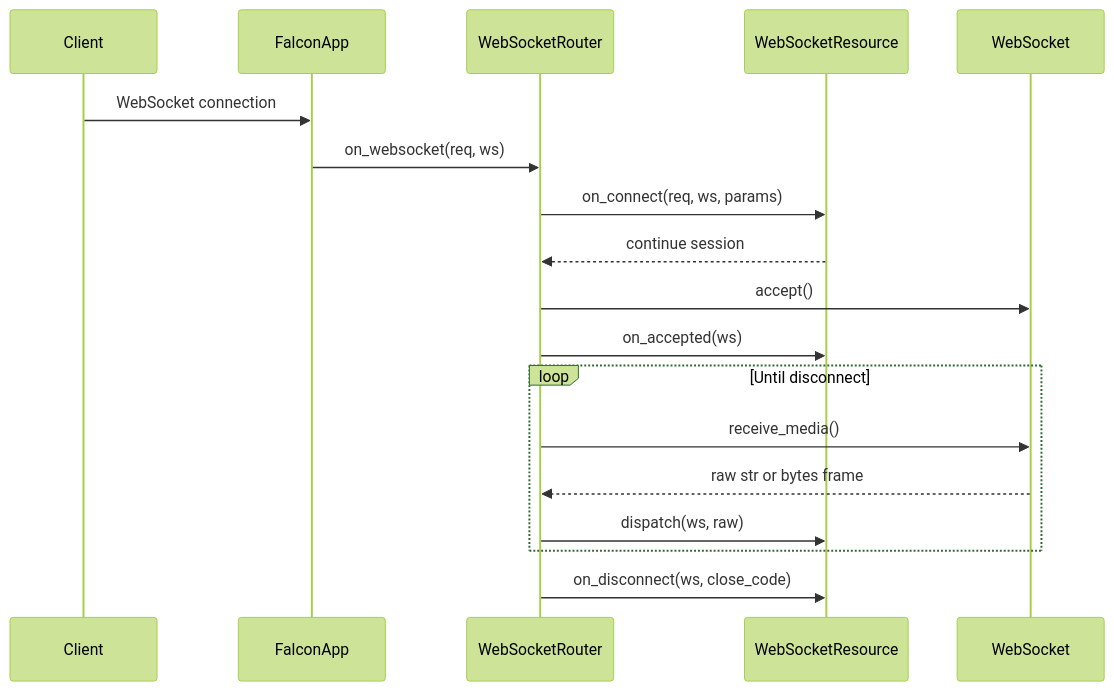
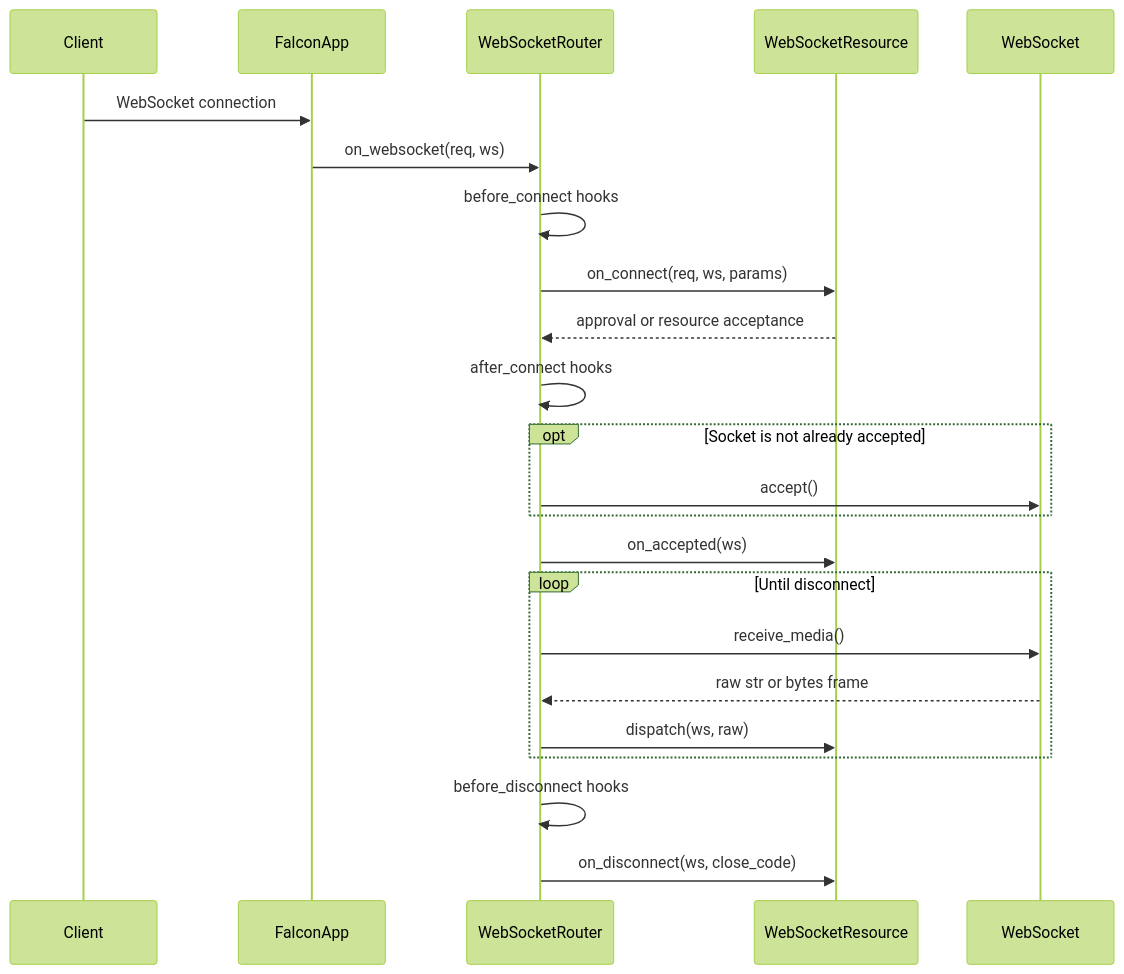
Before and after one commit to leynos/falcon-pachinko: the second of 20 diagrams in docs/falcon-websocket-extension-design.md, drawn with Mermaid (forest theme). The commit also changed other lines of this file and 5 other files, not shown here.

First line of the commit message:
Harden WebSocket session harness teardown (#177)

````diff
--- a/docs/falcon-websocket-extension-design.md
+++ b/docs/falcon-websocket-extension-design.md
@@ -101,30 +96,35 @@
 ```mermaid
 sequenceDiagram
     accTitle: Falcon WebSocket responder lifecycle
     accDescr {
         With receive_loop enabled, Falcon routes the connection to
         WebSocketRouter, which calls on_connect before accepting. After
         acceptance it calls on_accepted, then receives and dispatches frames
         until disconnect. Cleanup runs before_disconnect hooks before the
         resource's on_disconnect hook.
     }
 
     participant Client
     participant FalconApp
     participant WebSocketRouter
     participant WebSocketResource
     participant WebSocket
 
     Client->>FalconApp: WebSocket connection
     FalconApp->>WebSocketRouter: on_websocket(req, ws)
+    WebSocketRouter->>WebSocketRouter: before_connect hooks
     WebSocketRouter->>WebSocketResource: on_connect(req, ws, params)
-    WebSocketResource-->>WebSocketRouter: continue session
-    WebSocketRouter->>WebSocket: accept()
+    WebSocketResource-->>WebSocketRouter: approval or resource acceptance
+    WebSocketRouter->>WebSocketRouter: after_connect hooks
+    opt Socket is not already accepted
+        WebSocketRouter->>WebSocket: accept()
+    end
     WebSocketRouter->>WebSocketResource: on_accepted(ws)
     loop Until disconnect
         WebSocketRouter->>WebSocket: receive_media()
         WebSocket-->>WebSocketRouter: raw str or bytes frame
         WebSocketRouter->>WebSocketResource: dispatch(ws, raw)
     end
+    WebSocketRouter->>WebSocketRouter: before_disconnect hooks
     WebSocketRouter->>WebSocketResource: on_disconnect(ws, close_code)
 ```
````
